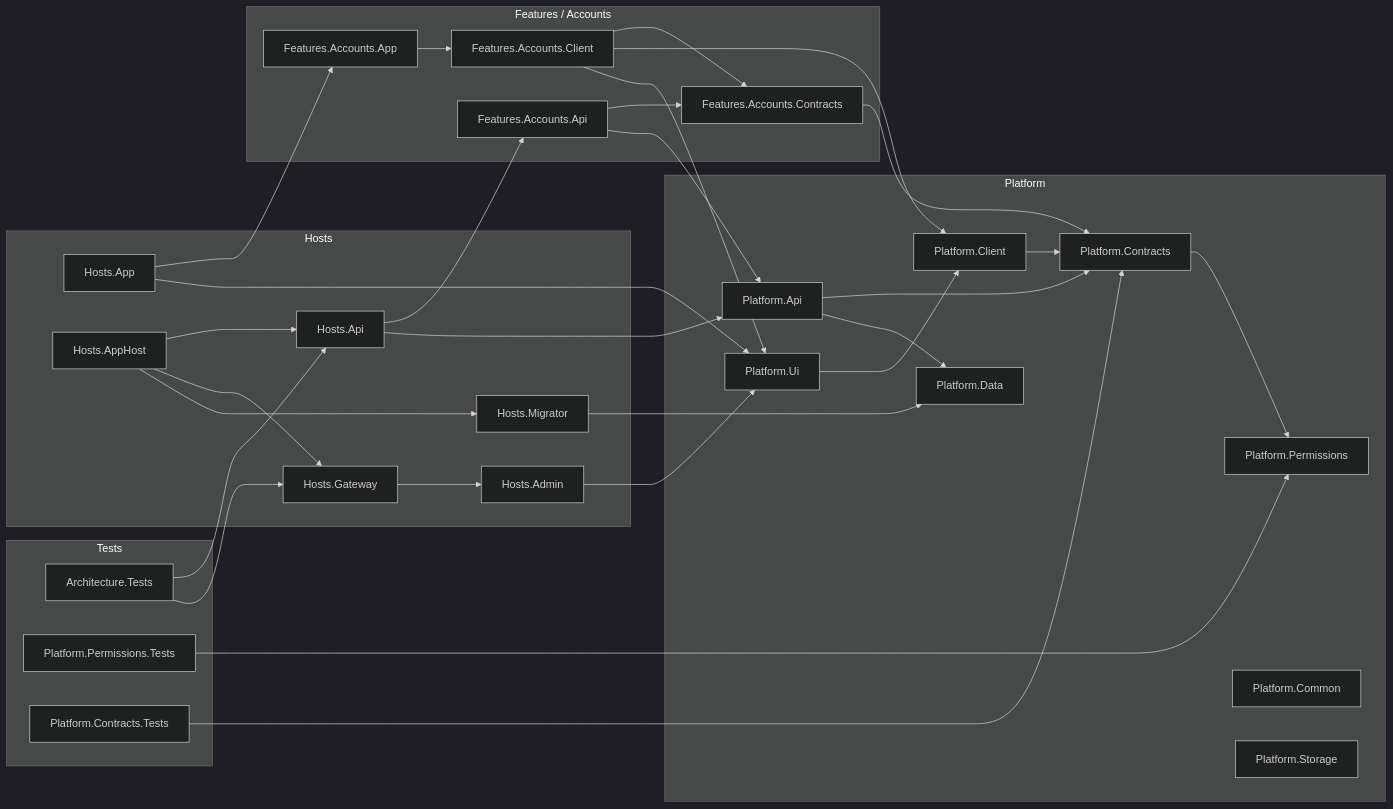
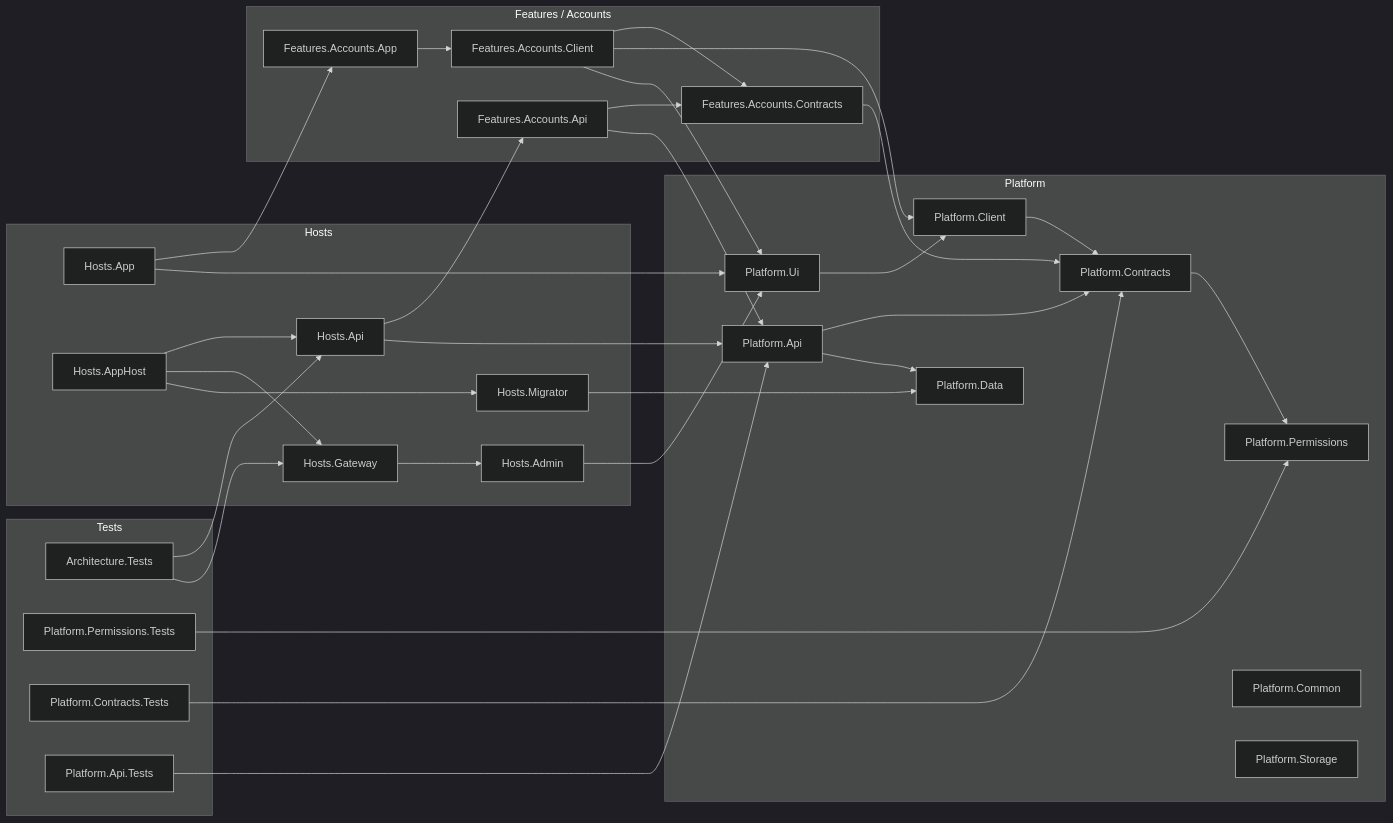
One commit to Asherslab/GSBC.ChurchApp changed the first of 2 diagrams in docs/architecture/repo-layout.md. Above: the diagram before and after it, drawn with Mermaid (dark theme). The commit also changed other lines of this file and 17 other files, not shown here.

````diff
--- a/docs/architecture/repo-layout.md
+++ b/docs/architecture/repo-layout.md
@@ -63,56 +63,58 @@
 ```mermaid
 flowchart LR
     subgraph Hosts
         HostsApp["Hosts.App"]
         HostsAdmin["Hosts.Admin"]
         HostsGateway["Hosts.Gateway"]
         HostsApi["Hosts.Api"]
         HostsMigrator["Hosts.Migrator"]
         HostsAppHost["Hosts.AppHost"]
     end
 
     subgraph Accounts["Features / Accounts"]
         AccountsApp["Features.Accounts.App"]
         AccountsClient["Features.Accounts.Client"]
         AccountsApi["Features.Accounts.Api"]
         AccountsContracts["Features.Accounts.Contracts"]
     end
 
     subgraph Platform
         PlatformUi["Platform.Ui"]
         PlatformClient["Platform.Client"]
         PlatformApi["Platform.Api"]
         PlatformData["Platform.Data"]
         PlatformContracts["Platform.Contracts"]
         PlatformPermissions["Platform.Permissions"]
         PlatformCommon["Platform.Common"]
         PlatformStorage["Platform.Storage"]
     end
 
     subgraph Tests
         ArchitectureTests["Architecture.Tests"]
         PermissionsTests["Platform.Permissions.Tests"]
         ContractsTests["Platform.Contracts.Tests"]
+        ApiTests["Platform.Api.Tests"]
     end
 
     HostsAppHost --> HostsApi & HostsGateway & HostsMigrator
     HostsGateway --> HostsAdmin
     HostsApp --> AccountsApp & PlatformUi
     HostsAdmin --> PlatformUi
     HostsApi --> AccountsApi & PlatformApi
     HostsMigrator --> PlatformData
 
     AccountsApp --> AccountsClient
     AccountsClient --> AccountsContracts & PlatformClient & PlatformUi
     AccountsApi --> AccountsContracts & PlatformApi
     AccountsContracts --> PlatformContracts
 
     PlatformUi --> PlatformClient
     PlatformClient --> PlatformContracts
     PlatformApi --> PlatformContracts & PlatformData
     PlatformContracts --> PlatformPermissions
 
     ArchitectureTests --> HostsApi & HostsGateway
     PermissionsTests --> PlatformPermissions
     ContractsTests --> PlatformContracts
+    ApiTests --> PlatformApi
 ```
````
